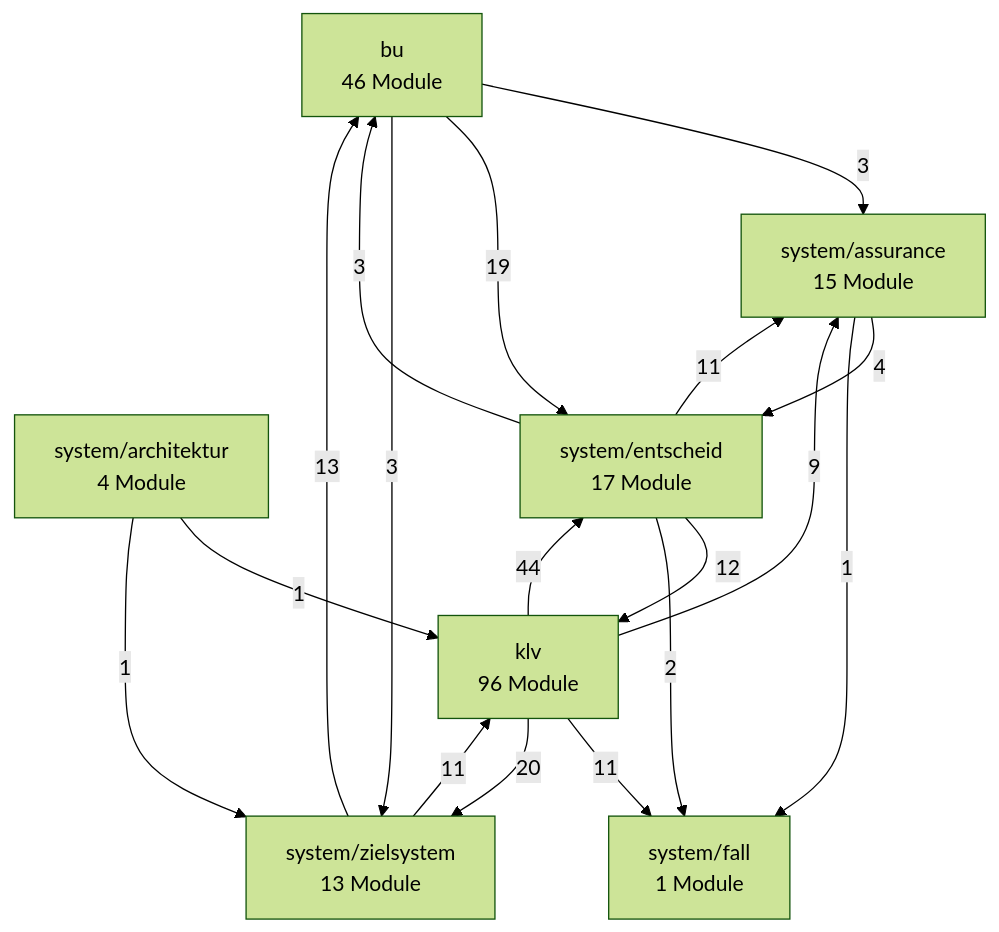
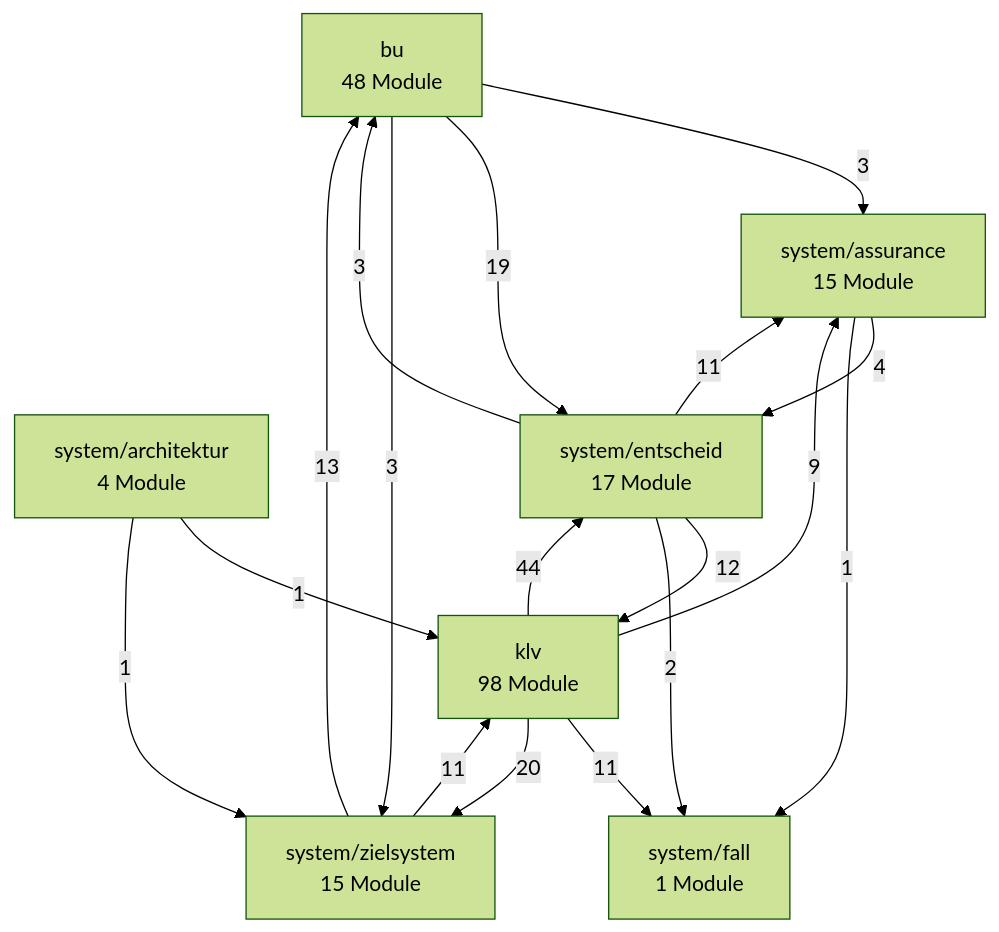
Before and after one commit to bartlmac/rechner-pipeline: the second of 3 diagrams in docs/architektur/landkarte.md, drawn with Mermaid (forest theme). The commit also changed other lines of this file and 11 other files, not shown here.

````diff
--- a/docs/architektur/landkarte.md
+++ b/docs/architektur/landkarte.md
@@ -93,28 +93,28 @@
 ```mermaid
 %% Fachknoten — erzeugt von ontologie.landkarte
 flowchart TD
-    bu["bu<br/>46 Module"]
-    klv["klv<br/>96 Module"]
+    bu["bu<br/>48 Module"]
+    klv["klv<br/>98 Module"]
     system_architektur["system/architektur<br/>4 Module"]
     system_assurance["system/assurance<br/>15 Module"]
     system_entscheid["system/entscheid<br/>17 Module"]
     system_fall["system/fall<br/>1 Module"]
-    system_zielsystem["system/zielsystem<br/>13 Module"]
+    system_zielsystem["system/zielsystem<br/>15 Module"]
     bu -- 3 --> system_assurance
     bu -- 19 --> system_entscheid
     bu -- 3 --> system_zielsystem
     klv -- 9 --> system_assurance
     klv -- 44 --> system_entscheid
     klv -- 11 --> system_fall
     klv -- 20 --> system_zielsystem
     system_architektur -- 1 --> klv
     system_architektur -- 1 --> system_zielsystem
     system_assurance -- 4 --> system_entscheid
     system_assurance -- 1 --> system_fall
     system_entscheid -- 3 --> bu
     system_entscheid -- 12 --> klv
     system_entscheid -- 11 --> system_assurance
     system_entscheid -- 2 --> system_fall
     system_zielsystem -- 13 --> bu
     system_zielsystem -- 11 --> klv
 ```
````
